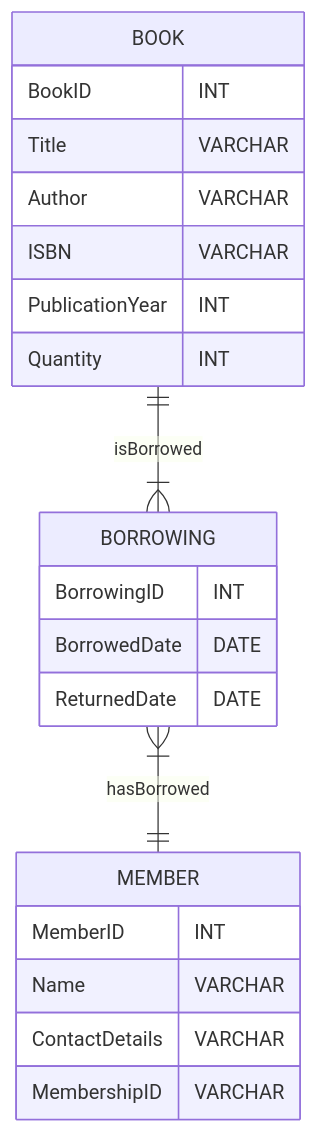
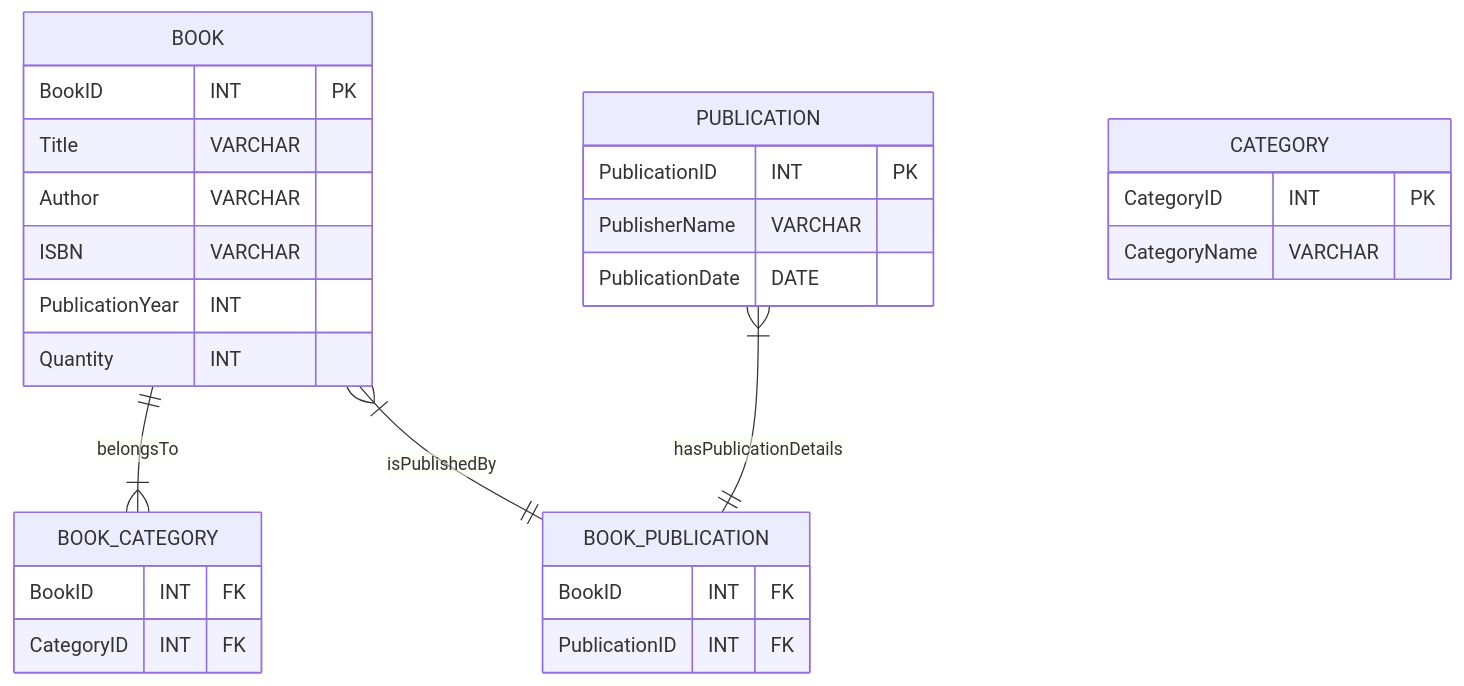
Before and after one commit to nascarsayan/sece: the diagram in er-diagrams.md, drawn with Mermaid.

Commit message:
sections

````diff
--- a/er-diagrams.md
+++ b/er-diagrams.md
@@ -106,27 +106,36 @@
 ```mermaid
 erDiagram
-      BOOK {
-          BookID INT
-          Title VARCHAR
-          Author VARCHAR
-          ISBN VARCHAR
-          PublicationYear INT
-          Quantity INT
-      }
+    BOOK {
+        BookID INT PK
+        Title VARCHAR
+        Author VARCHAR
+        ISBN VARCHAR
+        PublicationYear INT
+        Quantity INT
+    }
 
-      MEMBER {
-          MemberID INT
-          Name VARCHAR
-          ContactDetails VARCHAR
-          MembershipID VARCHAR
-      }
+    PUBLICATION {
+        PublicationID INT PK
+        PublisherName VARCHAR
+        PublicationDate DATE
+    }
 
-      BORROWING {
-          BorrowingID INT
-          BorrowedDate DATE
-          ReturnedDate DATE
-      }
+    CATEGORY {
+        CategoryID INT PK
+        CategoryName VARCHAR
+    }
 
-      BOOK ||--|{ BORROWING : isBorrowed
-      BORROWING }|--|| MEMBER : hasBorrowed
+    BOOK_CATEGORY {
+        BookID INT FK
+        CategoryID INT FK
+    }
+
+    BOOK_PUBLICATION {
+        BookID INT FK
+        PublicationID INT FK
+    }
+
+    BOOK ||--|{ BOOK_CATEGORY : belongsTo
+    BOOK }|--|| BOOK_PUBLICATION : isPublishedBy
+    PUBLICATION }|--|| BOOK_PUBLICATION : hasPublicationDetails
 ```
````
